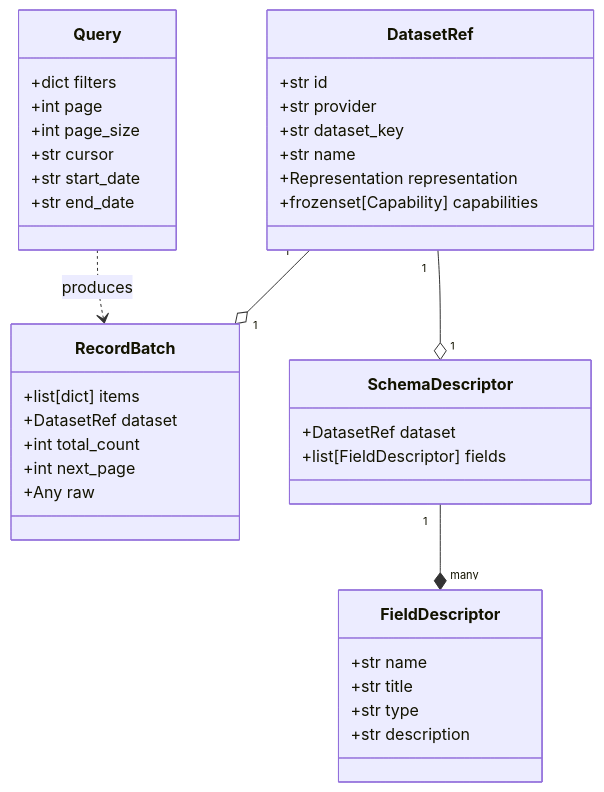
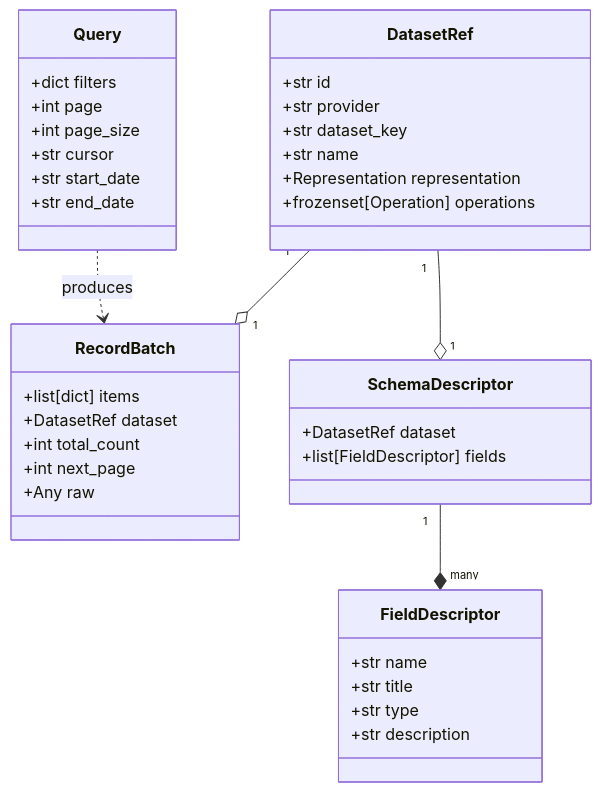
Before and after one commit to yeongseon/kpubdata: the first of 3 diagrams in CANONICAL_MODEL.md, drawn with Mermaid. The commit also changed other lines of this file and 8 other files, not shown here.

````diff
--- a/CANONICAL_MODEL.md
+++ b/CANONICAL_MODEL.md
@@ -19,41 +19,41 @@
 ```mermaid
 classDiagram
     class DatasetRef {
         +str id
         +str provider
         +str dataset_key
         +str name
         +Representation representation
-        +frozenset[Capability] capabilities
+        +frozenset[Operation] operations
     }
     class Query {
         +dict filters
         +int page
         +int page_size
         +str cursor
         +str start_date
         +str end_date
     }
     class RecordBatch {
         +list[dict] items
         +DatasetRef dataset
         +int total_count
         +int next_page
         +Any raw
     }
     class SchemaDescriptor {
         +DatasetRef dataset
         +list[FieldDescriptor] fields
     }
     class FieldDescriptor {
         +str name
         +str title
         +str type
         +str description
     }
 
     DatasetRef "1" --o "1" RecordBatch
     DatasetRef "1" --o "1" SchemaDescriptor
     SchemaDescriptor "1" --* "many" FieldDescriptor
     Query ..> RecordBatch : produces
 ```
````
